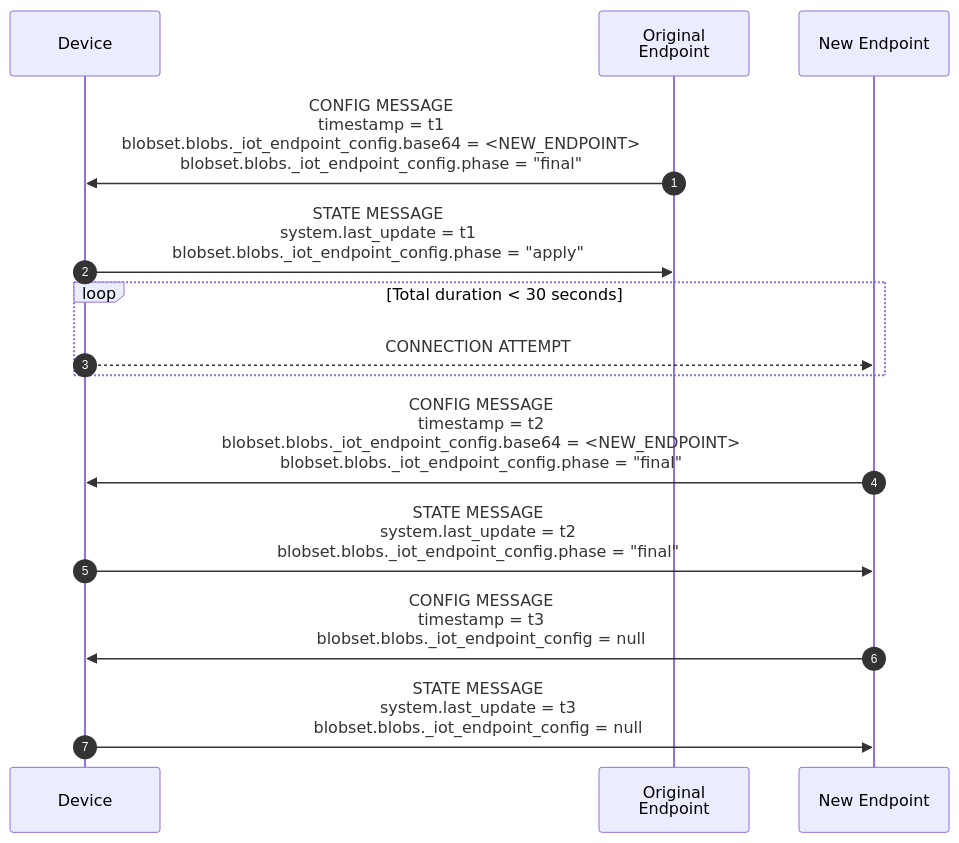
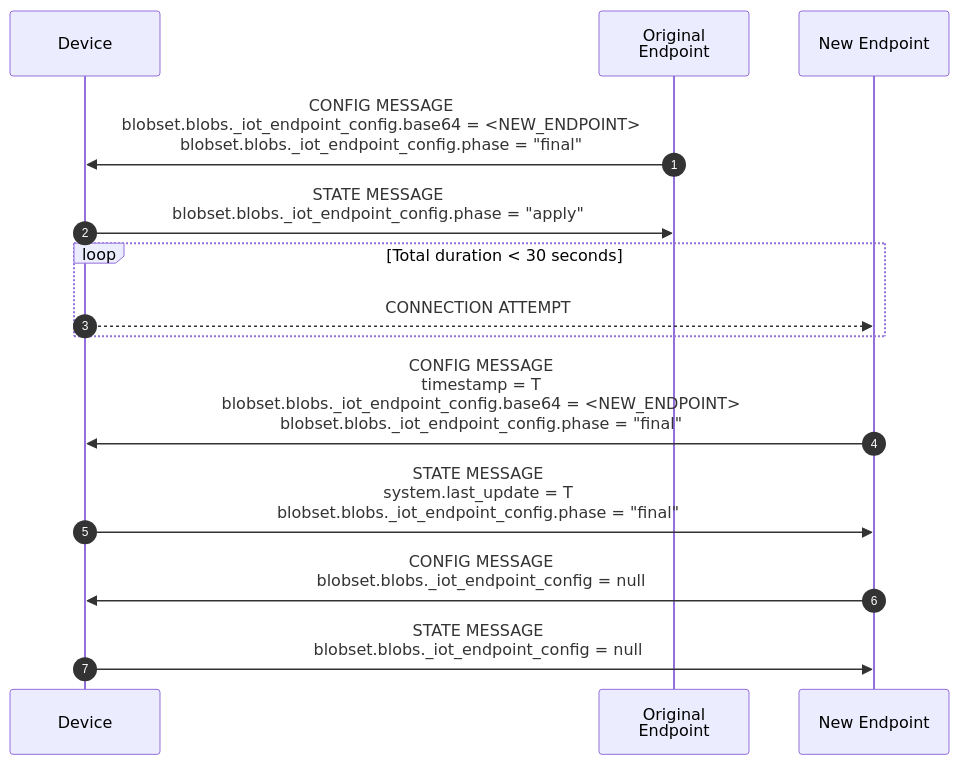
One commit to faucetsdn/udmi changed the first of 2 diagrams in docs/specs/sequences/endpoint_reconfiguration.md. Above: the diagram before and after it, drawn with Mermaid. The commit also changed other lines of this file, not shown here.

Commit message:
remove timestamps

````diff
--- a/docs/specs/sequences/endpoint_reconfiguration.md
+++ b/docs/specs/sequences/endpoint_reconfiguration.md
@@ -20,17 +20,17 @@
 ```mermaid
 %%{wrap}%%
 sequenceDiagram
     autonumber
     participant D as Device
     participant E as Original Endpoint
     participant E' as New Endpoint
-    E->>D:CONFIG MESSAGE<br>timestamp = t1<br/>blobset.blobs._iot_endpoint_config.base64 = <NEW_ENDPOINT><br>blobset.blobs._iot_endpoint_config.phase = "final"
-    D->>E:STATE MESSAGE<br/>system.last_update = t1<br/>blobset.blobs._iot_endpoint_config.phase = "apply"
+    E->>D:CONFIG MESSAGE<br/>blobset.blobs._iot_endpoint_config.base64 = <NEW_ENDPOINT><br/>blobset.blobs._iot_endpoint_config.phase = "final"
+    D->>E:STATE MESSAGE<br/>blobset.blobs._iot_endpoint_config.phase = "apply"
     loop Total duration < 30 seconds
     D-->>E':CONNECTION ATTEMPT
     end
-    E'->>D:CONFIG MESSAGE<br>timestamp = t2<br/>blobset.blobs._iot_endpoint_config.base64 = <NEW_ENDPOINT><br>blobset.blobs._iot_endpoint_config.phase = "final"
-    D->>E':STATE MESSAGE<br/>system.last_update = t2<br/>blobset.blobs._iot_endpoint_config.phase = "final"
-    E'->>D:CONFIG MESSAGE<br/>timestamp = t3<br/>blobset.blobs._iot_endpoint_config = null
-    D->>E':STATE MESSAGE<br/>system.last_update = t3<br/>blobset.blobs._iot_endpoint_config = null
+    E'->>D:CONFIG MESSAGE<br>timestamp = T<br/>blobset.blobs._iot_endpoint_config.base64 = <NEW_ENDPOINT><br>blobset.blobs._iot_endpoint_config.phase = "final"
+    D->>E':STATE MESSAGE<br/>system.last_update = T<br/>blobset.blobs._iot_endpoint_config.phase = "final"
+    E'->>D:CONFIG MESSAGE<br/>blobset.blobs._iot_endpoint_config = null
+    D->>E':STATE MESSAGE<br/>blobset.blobs._iot_endpoint_config = null
 ```
````
